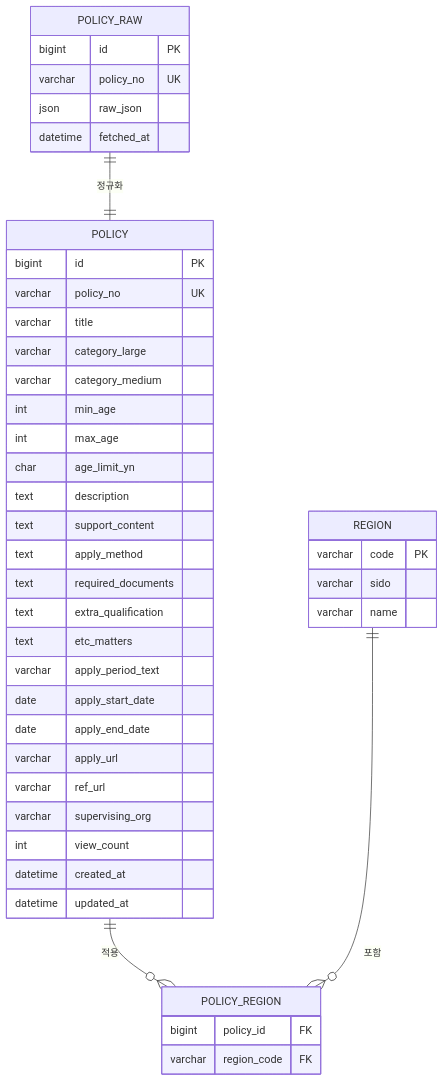
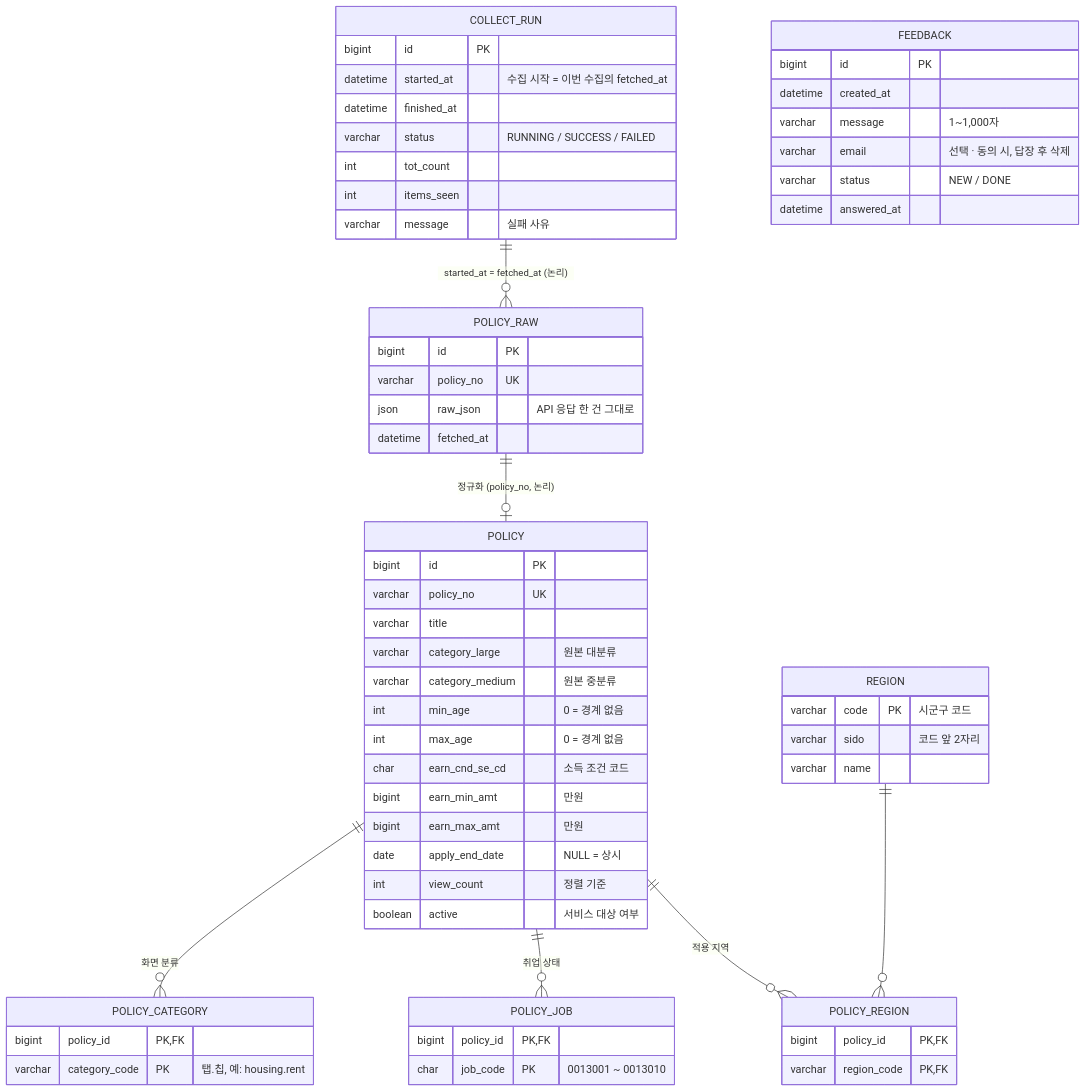
One commit to lhjunkr/public-data-site changed the diagram in docs/erd.md. Above: the diagram before and after it, drawn with Mermaid. The commit also changed other lines of this file, not shown here.

````diff
--- a/docs/erd.md
+++ b/docs/erd.md
@@ -5,50 +13,72 @@
 ```mermaid
 erDiagram
-    POLICY ||--o{ POLICY_REGION : "적용"
-    REGION ||--o{ POLICY_REGION : "포함"
-    POLICY_RAW ||--|| POLICY : "정규화"
+    COLLECT_RUN ||--o{ POLICY_RAW : "started_at = fetched_at (논리)"
+    POLICY_RAW ||--o| POLICY : "정규화 (policy_no, 논리)"
+    POLICY ||--o{ POLICY_REGION : "적용 지역"
+    REGION ||--o{ POLICY_REGION : ""
+    POLICY ||--o{ POLICY_JOB : "취업 상태"
+    POLICY ||--o{ POLICY_CATEGORY : "화면 분류"
+
+    COLLECT_RUN {
+        bigint   id PK
+        datetime started_at "수집 시작 = 이번 수집의 fetched_at"
+        datetime finished_at
+        varchar  status "RUNNING / SUCCESS / FAILED"
+        int      tot_count
+        int      items_seen
+        varchar  message "실패 사유"
+    }
 
     POLICY_RAW {
-        bigint   id          PK
-        varchar  policy_no   UK
-        json     raw_json
+        bigint   id PK
+        varchar  policy_no UK
+        json     raw_json "API 응답 한 건 그대로"
         datetime fetched_at
     }
 
     POLICY {
-        bigint   id                  PK
-        varchar  policy_no           UK
+        bigint   id PK
+        varchar  policy_no UK
         varchar  title
-        varchar  category_large
-        varchar  category_medium
-        int      min_age
-        int      max_age
-        char     age_limit_yn
-        text     description
-        text     support_content
-        text     apply_method
-        text     required_documents
-        text     extra_qualification
-        text     etc_matters
-        varchar  apply_period_text
-        date     apply_start_date
-        date     apply_end_date
-        varchar  apply_url
-        varchar  ref_url
-        varchar  supervising_org
-        int      view_count
-        datetime created_at
-        datetime updated_at
+        varchar  category_large "원본 대분류"
+        varchar  category_medium "원본 중분류"
+        int      min_age "0 = 경계 없음"
+        int      max_age "0 = 경계 없음"
+        char     earn_cnd_se_cd "소득 조건 코드"
+        bigint   earn_min_amt "만원"
+        bigint   earn_max_amt "만원"
+        date     apply_end_date "NULL = 상시"
+        int      view_count "정렬 기준"
+        boolean  active "서비스 대상 여부"
     }
 
     REGION {
-        varchar code PK
-        varchar sido
+        varchar code PK "시군구 코드"
+        varchar sido "코드 앞 2자리"
         varchar name
     }
 
     POLICY_REGION {
-        bigint  policy_id   FK
-        varchar region_code FK
+        bigint  policy_id PK, FK
+        varchar region_code PK, FK
+    }
+
+    POLICY_JOB {
+        bigint policy_id PK, FK
+        char   job_code PK "0013001 ~ 0013010"
+    }
+
+    POLICY_CATEGORY {
+        bigint  policy_id PK, FK
+        varchar category_code PK "탭.칩, 예: housing.rent"
+    }
+
+    FEEDBACK {
+        bigint   id PK
+        datetime created_at
+        varchar  message "1~1,000자"
+        varchar  email "선택 · 동의 시, 답장 후 삭제"
+        varchar  status "NEW / DONE"
+        datetime answered_at
     }
 ```
````
